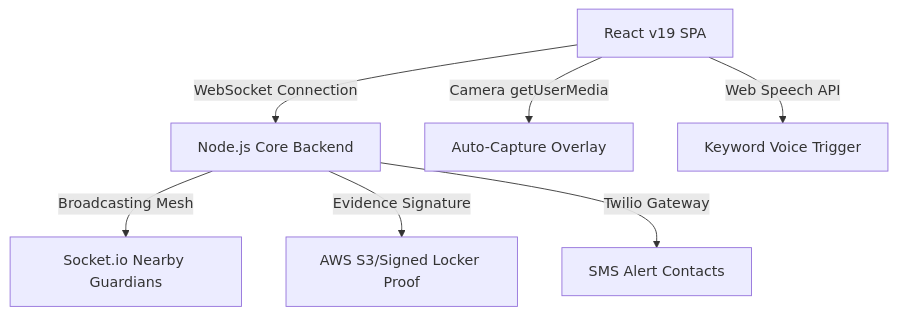
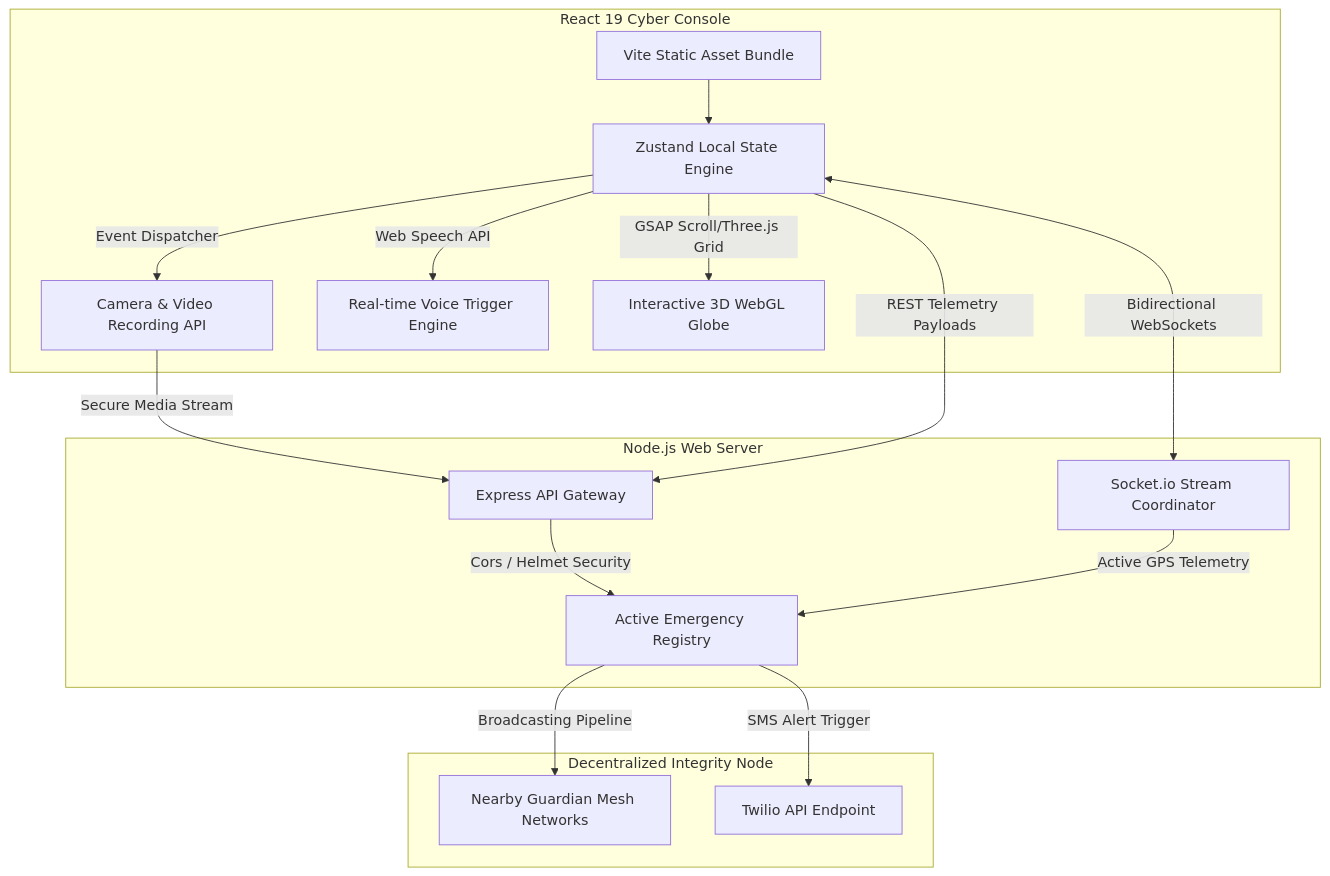
Before and after one commit to devillikevd/raksha: the diagram in README.md, drawn with Mermaid. The commit also changed other lines of this file, not shown here.

Commit message:
docs: upgrade README to advanced cyber-telemetry dashboard UI

````diff
--- a/README.md
+++ b/README.md
@@ -22,9 +31,23 @@
 ```mermaid
 graph TD
-  A[React v19 SPA] -->|WebSocket Connection| B[Node.js Core Backend]
-  A -->|Camera getUserMedia| C[Auto-Capture Overlay]
-  A -->|Web Speech API| D[Keyword Voice Trigger]
-  B -->|Broadcasting Mesh| E[Socket.io Nearby Guardians]
-  B -->|Evidence Signature| F[AWS S3/Signed Locker Proof]
-  B -->|Twilio Gateway| G[SMS Alert Contacts]
+  subgraph Frontend SPA Client [React 19 Cyber Console]
+    A[Vite Static Asset Bundle] --> B[Zustand Local State Engine]
+    B -->|Event Dispatcher| C[Camera & Video Recording API]
+    B -->|Web Speech API| D[Real-time Voice Trigger Engine]
+    B -->|GSAP Scroll/Three.js Grid| E[Interactive 3D WebGL Globe]
+  end
+
+  subgraph Backend Core Server [Node.js Web Server]
+    F[Express API Gateway] -->|Cors / Helmet Security| G[Active Emergency Registry]
+    H[Socket.io Stream Coordinator] -->|Active GPS Telemetry| G
+  end
+
+  subgraph Cloud Providers [Decentralized Integrity Node]
+    C -->|Secure Media Stream| F
+    G -->|Broadcasting Pipeline| I[Nearby Guardian Mesh Networks]
+    G -->|SMS Alert Trigger| J[Twilio API Endpoint]
+  end
+
+  B <-->|Bidirectional WebSockets| H
+  B -->|REST Telemetry Payloads| F
 ```
````
